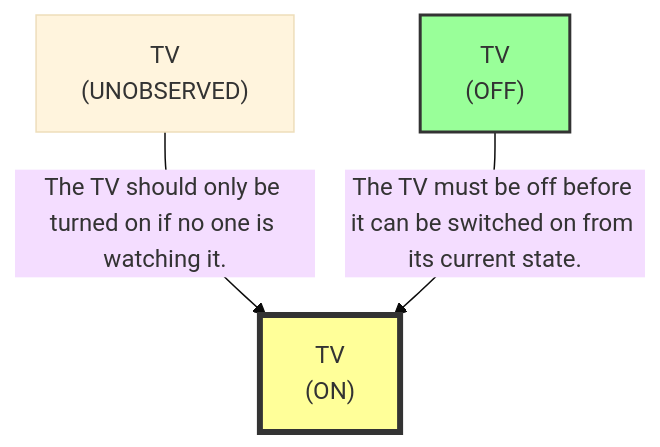
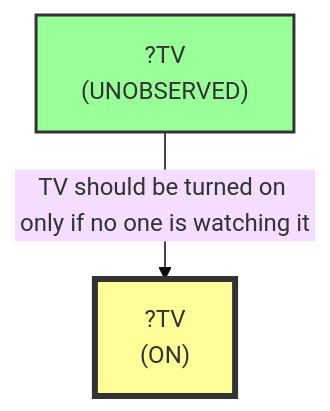
Before and after one commit to scuama/virtualhome: diagram 18 of 23 in evaluation/results/table1/_raw/robostate/run_T1_SCALE_SG01_S7.md, drawn with Mermaid (base theme). The commit also changed other lines of this file and 96 other files, not shown here.

````diff
--- a/evaluation/results/table1/_raw/robostate/run_T1_SCALE_SG01_S7.md
+++ b/evaluation/results/table1/_raw/robostate/run_T1_SCALE_SG01_S7.md
@@ -1244,10 +1315,8 @@
 ```mermaid
 graph TD
-    N1["TV<br>(ON)"]
+    N1["?TV<br>(ON)"]
     style N1 fill:#ff9,stroke:#333,stroke-width:4px
-    N2["TV<br>(OFF)"]
+    N2["?TV<br>(UNOBSERVED)"]
     style N2 fill:#9f9,stroke:#333,stroke-width:2px
-    N3["TV<br>(UNOBSERVED)"]
-    N3 -->|"The TV should only be turned on if no one is watching it."| N1
-    N2 -->|"The TV must be off before it can be switched on from its current state."| N1
+    N2 -->|"TV should be turned on only if no one is watching it"| N1
 ```
````
